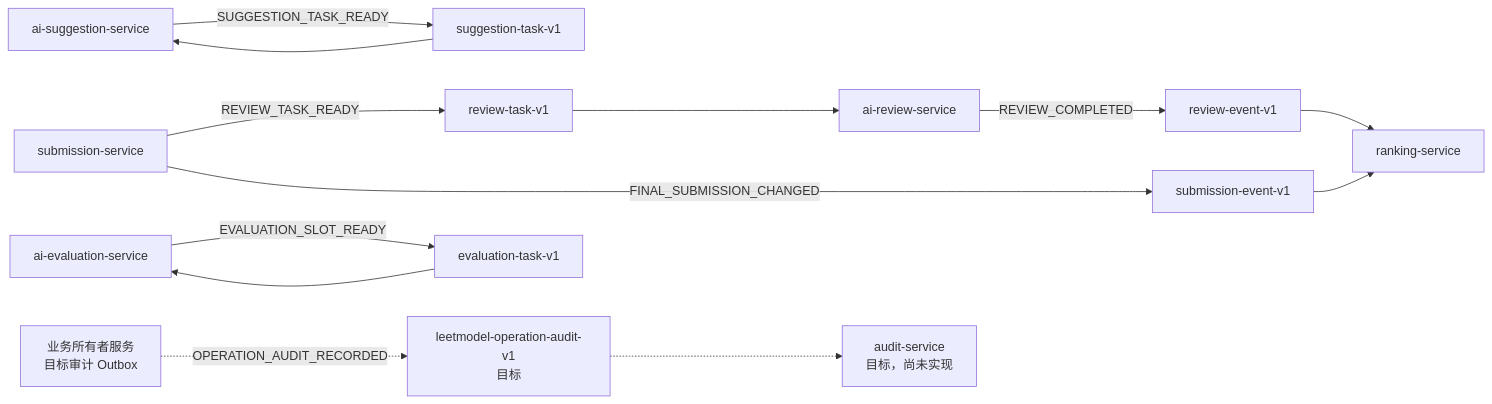
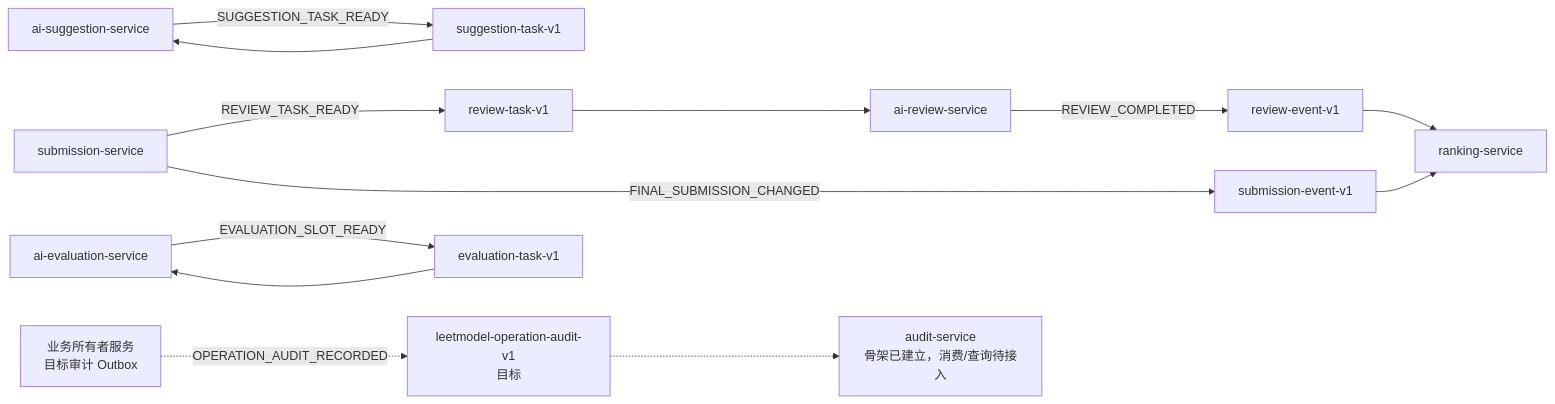
The second of 4 diagrams in docs/project/02-架构设计/微服务架构.md (Dorian7Alden/LeetModel), drawn with Mermaid before and after one commit. The commit also changed other lines of this file and 9 other files, not shown here.

````diff
--- a/docs/project/02-架构设计/微服务架构.md
+++ b/docs/project/02-架构设计/微服务架构.md
@@ -147,23 +148,23 @@
 ```mermaid
 flowchart LR
     SUBMISSION[submission-service]
     REVIEW_TOPIC[review-task-v1]
     SUBMISSION_EVENT[submission-event-v1]
     REVIEW[ai-review-service]
     REVIEW_EVENT[review-event-v1]
     SUGGESTION[ai-suggestion-service]
     SUGGESTION_TOPIC[suggestion-task-v1]
     EVALUATION[ai-evaluation-service]
     EVALUATION_TOPIC[evaluation-task-v1]
     RANKING[ranking-service]
     AUDIT_PRODUCERS[业务所有者服务<br/>目标审计 Outbox]
     AUDIT_TOPIC[leetmodel-operation-audit-v1<br/>目标]
-    AUDIT[audit-service<br/>目标，尚未实现]
+    AUDIT[audit-service<br/>骨架已建立，消费/查询待接入]
 
     SUBMISSION -->|REVIEW_TASK_READY| REVIEW_TOPIC --> REVIEW
     SUBMISSION -->|FINAL_SUBMISSION_CHANGED| SUBMISSION_EVENT --> RANKING
     REVIEW -->|REVIEW_COMPLETED| REVIEW_EVENT --> RANKING
     SUGGESTION -->|SUGGESTION_TASK_READY| SUGGESTION_TOPIC --> SUGGESTION
     EVALUATION -->|EVALUATION_SLOT_READY| EVALUATION_TOPIC --> EVALUATION
     AUDIT_PRODUCERS -.->|OPERATION_AUDIT_RECORDED| AUDIT_TOPIC -.-> AUDIT
 ```
````
